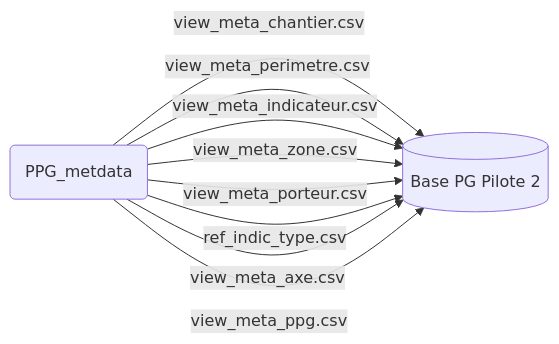
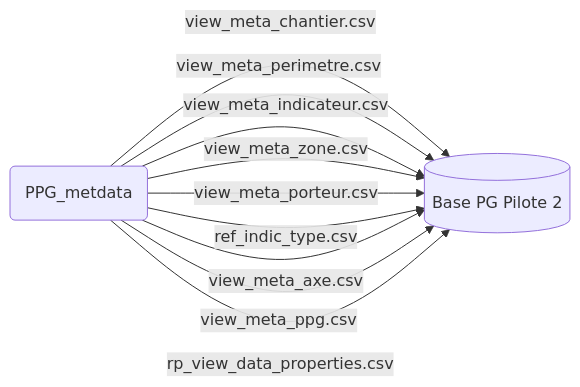
Before and after one commit to DITP-pilotage/pilote-2: the second of 4 diagrams in data/README.md, drawn with Mermaid. The commit also changed other lines of this file and 18 other files, not shown here.

````diff
--- a/data/README.md
+++ b/data/README.md
@@ -182,11 +182,12 @@
 ``` mermaid
 graph LR
 PPG(PPG_metdata) --> |view_meta_chantier.csv| PG[(Base PG Pilote 2)]
 PPG --> |view_meta_perimetre.csv| PG
 PPG --> |view_meta_indicateur.csv| PG
 PPG --> |view_meta_zone.csv| PG
 PPG --> |view_meta_porteur.csv| PG
 PPG --> |ref_indic_type.csv| PG
 PPG --> |view_meta_axe.csv| PG
 PPG --> |view_meta_ppg.csv| PG
+PPG --> |rp_view_data_properties.csv| PG
 ```
````
